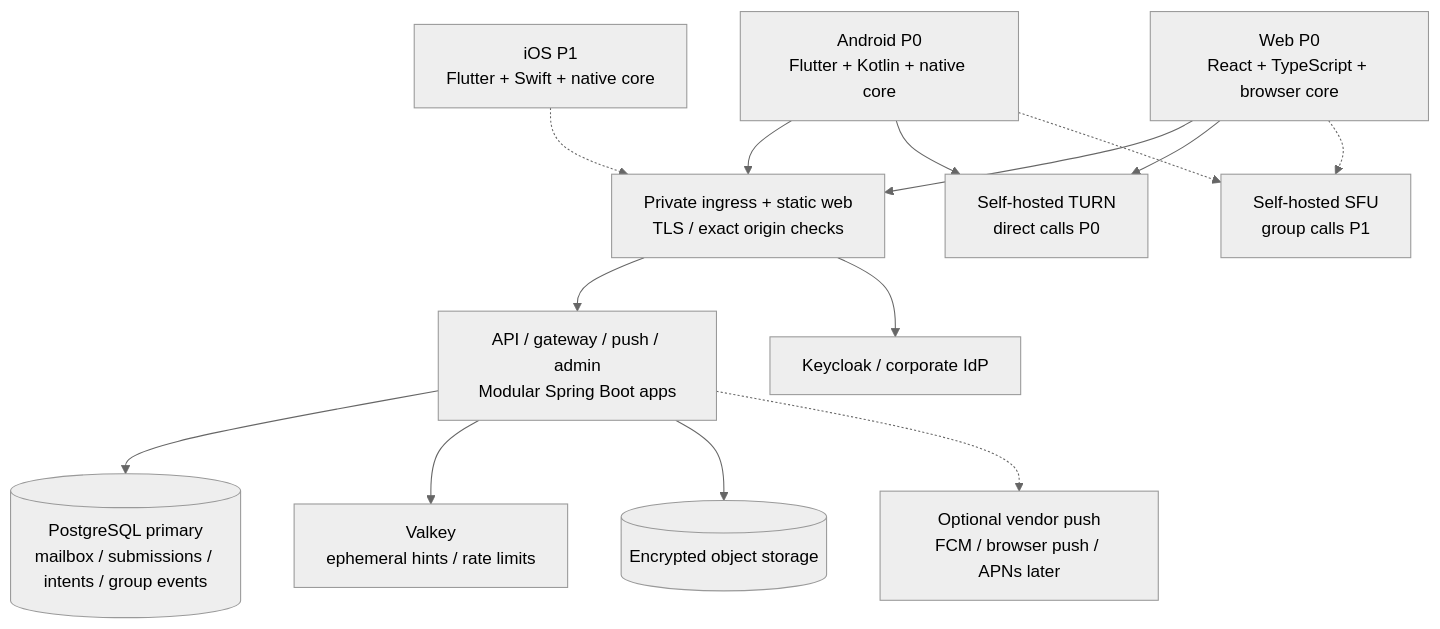
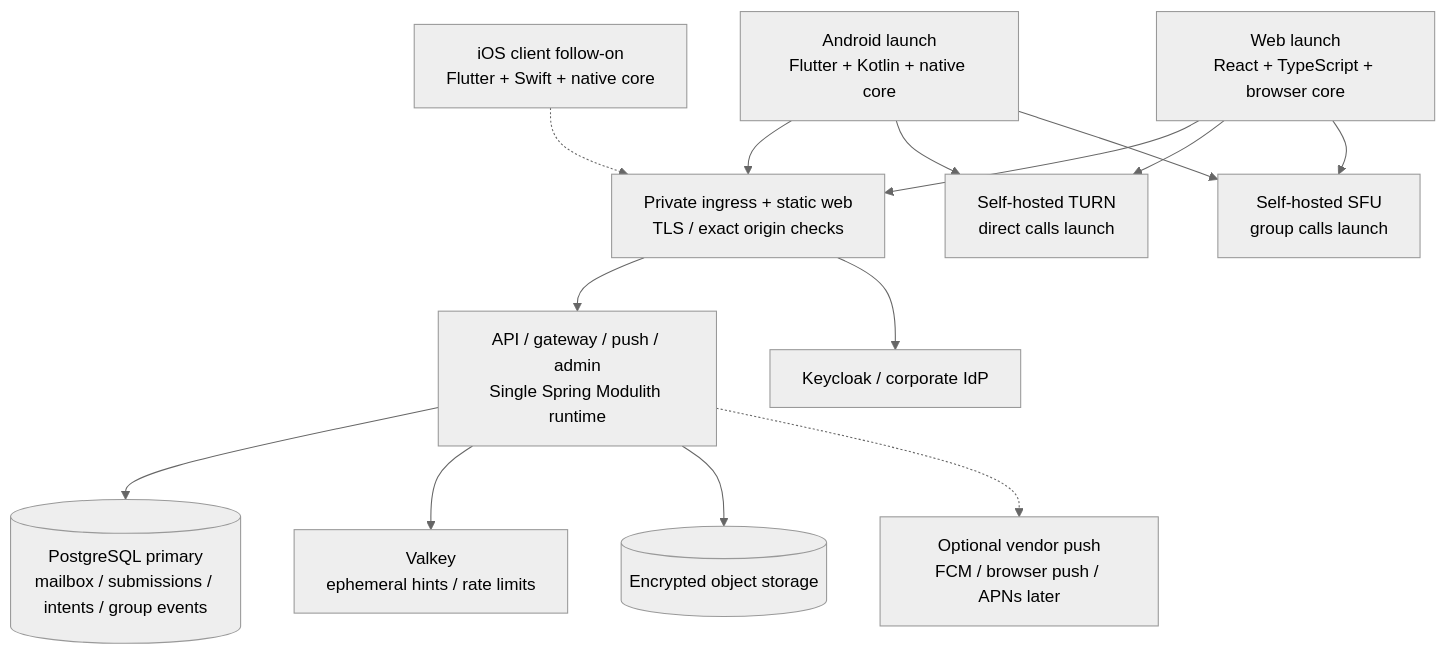
One commit to bogdancstrike/convo changed the diagram in docs/diagrams/README.md. Above: the diagram before and after it, drawn with Mermaid (neutral theme). The commit also changed other lines of this file and 8 other files, not shown here.

````diff
--- a/docs/diagrams/README.md
+++ b/docs/diagrams/README.md
@@ -25,22 +25,22 @@
 ```mermaid
 flowchart TB
-    A["Android P0<br/>Flutter + Kotlin + native core"]
-    W["Web P0<br/>React + TypeScript + browser core"]
-    I["iOS P1<br/>Flutter + Swift + native core"]
+    A["Android launch<br/>Flutter + Kotlin + native core"]
+    W["Web launch<br/>React + TypeScript + browser core"]
+    I["iOS client follow-on<br/>Flutter + Swift + native core"]
     EDGE["Private ingress + static web<br/>TLS / exact origin checks"]
     IDP["Keycloak / corporate IdP"]
-    APP["API / gateway / push / admin<br/>Modular Spring Boot apps"]
+    APP["API / gateway / push / admin<br/>Single Spring Modulith runtime"]
     PG[("PostgreSQL primary<br/>mailbox / submissions / intents / group events")]
     VK["Valkey<br/>ephemeral hints / rate limits"]
     OBJ[("Encrypted object storage")]
-    TURN["Self-hosted TURN<br/>direct calls P0"]
-    SFU["Self-hosted SFU<br/>group calls P1"]
+    TURN["Self-hosted TURN<br/>direct calls launch"]
+    SFU["Self-hosted SFU<br/>group calls launch"]
     PUSH["Optional vendor push<br/>FCM / browser push / APNs later"]
     A & W --> EDGE
     I -.-> EDGE
     EDGE --> APP & IDP
     APP --> PG & VK & OBJ
     A & W --> TURN
-    A & W -.-> SFU
+    A & W --> SFU
     APP -.-> PUSH
 ```
````
